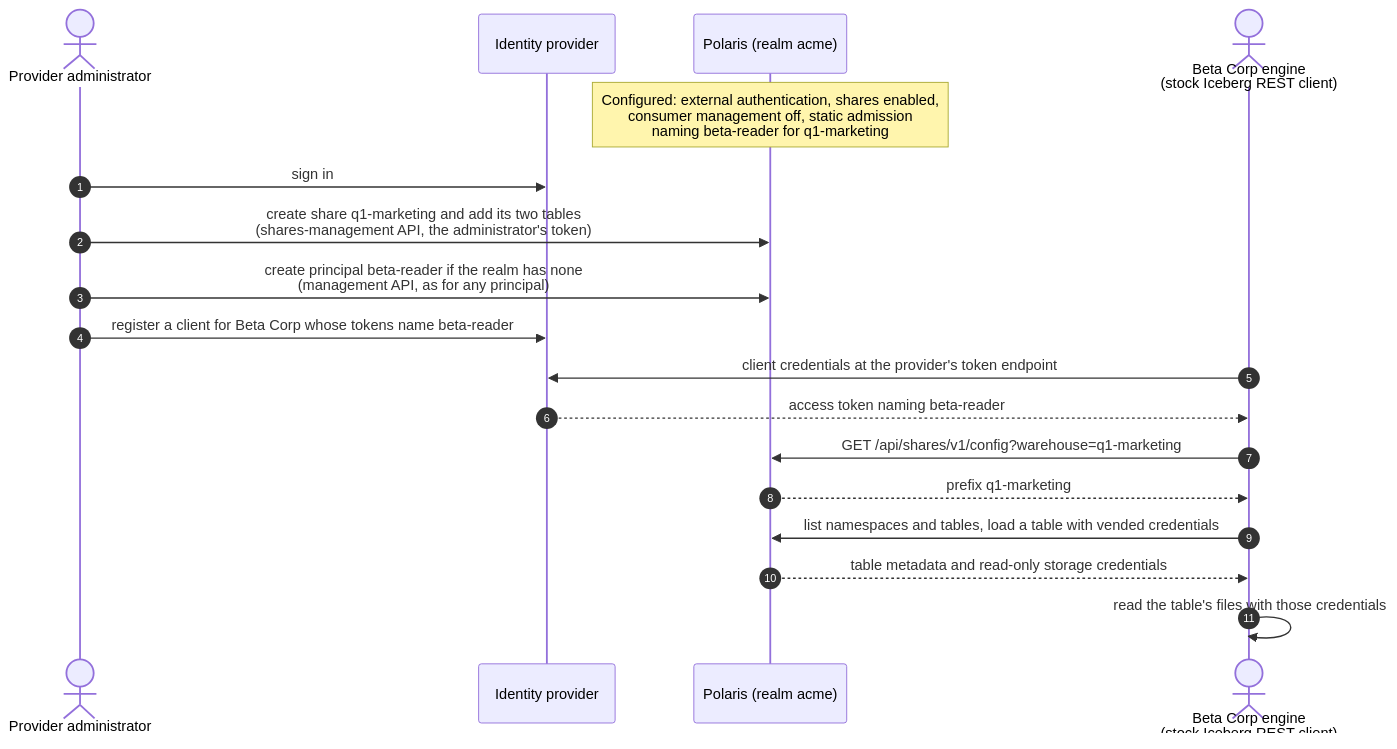
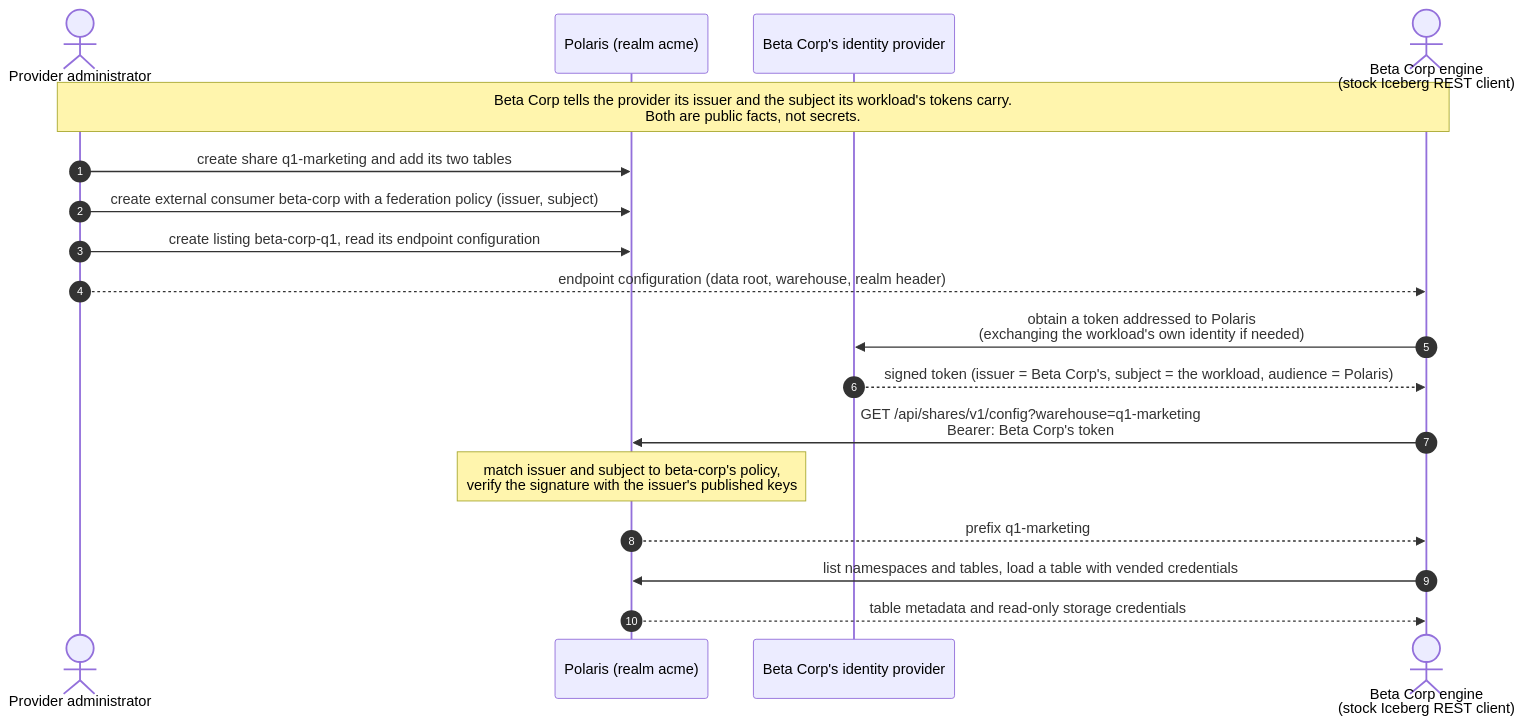
One commit to dennishuo/dhuo-public-provenance changed the second of 2 diagrams in polaris-sharing/design/shares-journeys.md. Above: the diagram before and after it, drawn with Mermaid. The commit also changed other lines of this file, not shown here.

````diff
--- a/polaris-sharing/design/shares-journeys.md
+++ b/polaris-sharing/design/shares-journeys.md
@@ -220,20 +42,20 @@
 ```mermaid
 sequenceDiagram
   autonumber
   actor A as Provider administrator
-  participant I as Identity provider
   participant P as Polaris (realm acme)
+  participant I as Beta Corp's identity provider
   actor R as Beta Corp engine<br/>(stock Iceberg REST client)
-  Note over P: Configured: external authentication, shares enabled,<br/>consumer management off, static admission<br/>naming beta-reader for q1-marketing
-  A->>I: sign in
-  A->>P: create share q1-marketing and add its two tables<br/>(shares-management API, the administrator's token)
-  A->>P: create principal beta-reader if the realm has none<br/>(management API, as for any principal)
-  A->>I: register a client for Beta Corp whose tokens name beta-reader
-  R->>I: client credentials at the provider's token endpoint
-  I-->>R: access token naming beta-reader
-  R->>P: GET /api/shares/v1/config?warehouse=q1-marketing
+  Note over A,R: Beta Corp tells the provider its issuer and the subject its workload's tokens carry.<br/>Both are public facts, not secrets.
+  A->>P: create share q1-marketing and add its two tables
+  A->>P: create external consumer beta-corp with a federation policy (issuer, subject)
+  A->>P: create listing beta-corp-q1, read its endpoint configuration
+  A-->>R: endpoint configuration (data root, warehouse, realm header)
+  R->>I: obtain a token addressed to Polaris<br/>(exchanging the workload's own identity if needed)
+  I-->>R: signed token (issuer = Beta Corp's, subject = the workload, audience = Polaris)
+  R->>P: GET /api/shares/v1/config?warehouse=q1-marketing<br/>Bearer: Beta Corp's token
+  Note over P: match issuer and subject to beta-corp's policy,<br/>verify the signature with the issuer's published keys
   P-->>R: prefix q1-marketing
   R->>P: list namespaces and tables, load a table with vended credentials
   P-->>R: table metadata and read-only storage credentials
-  R->>R: read the table's files with those credentials
 ```
````
